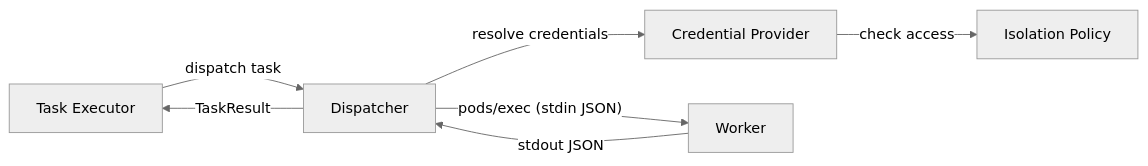
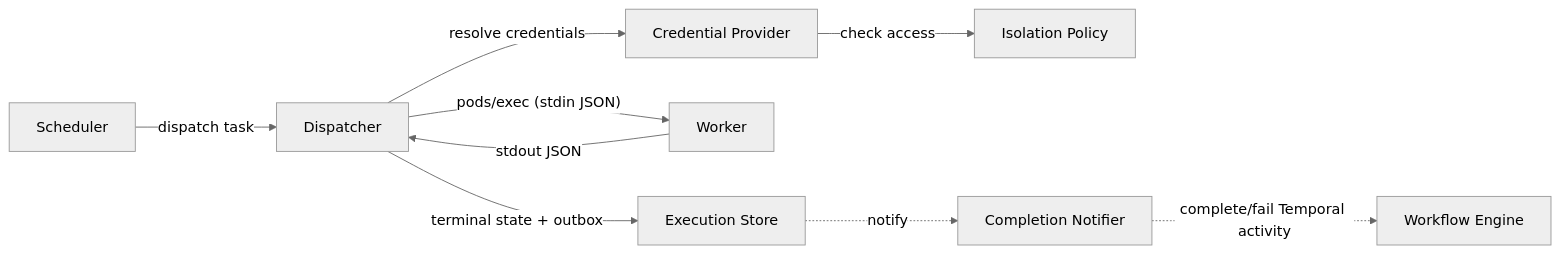
Before and after one commit to manstis/syntara: the third of 16 diagrams in backend/docs/execution-plane.md, drawn with Mermaid (neutral theme). The commit also changed other lines of this file, not shown here.

````diff
--- a/backend/docs/execution-plane.md
+++ b/backend/docs/execution-plane.md
@@ -69,9 +76,11 @@
 ```mermaid
 graph LR
-    TE["Task Executor"] -->|"dispatch task"| D["Dispatcher"]
+    S["Scheduler"] -->|"dispatch task"| D["Dispatcher"]
     D -->|"resolve credentials"| CP["Credential Provider"]
     CP -->|"check access"| IP["Isolation Policy"]
     D -->|"pods/exec (stdin JSON)"| W["Worker"]
     W -->|"stdout JSON"| D
-    D -->|"TaskResult"| TE
+    D -->|"terminal state + outbox"| ES["Execution Store"]
+    ES -.->|"notify"| CN["Completion Notifier"]
+    CN -.->|"complete/fail Temporal activity"| WE["Workflow Engine"]
 ```
````
